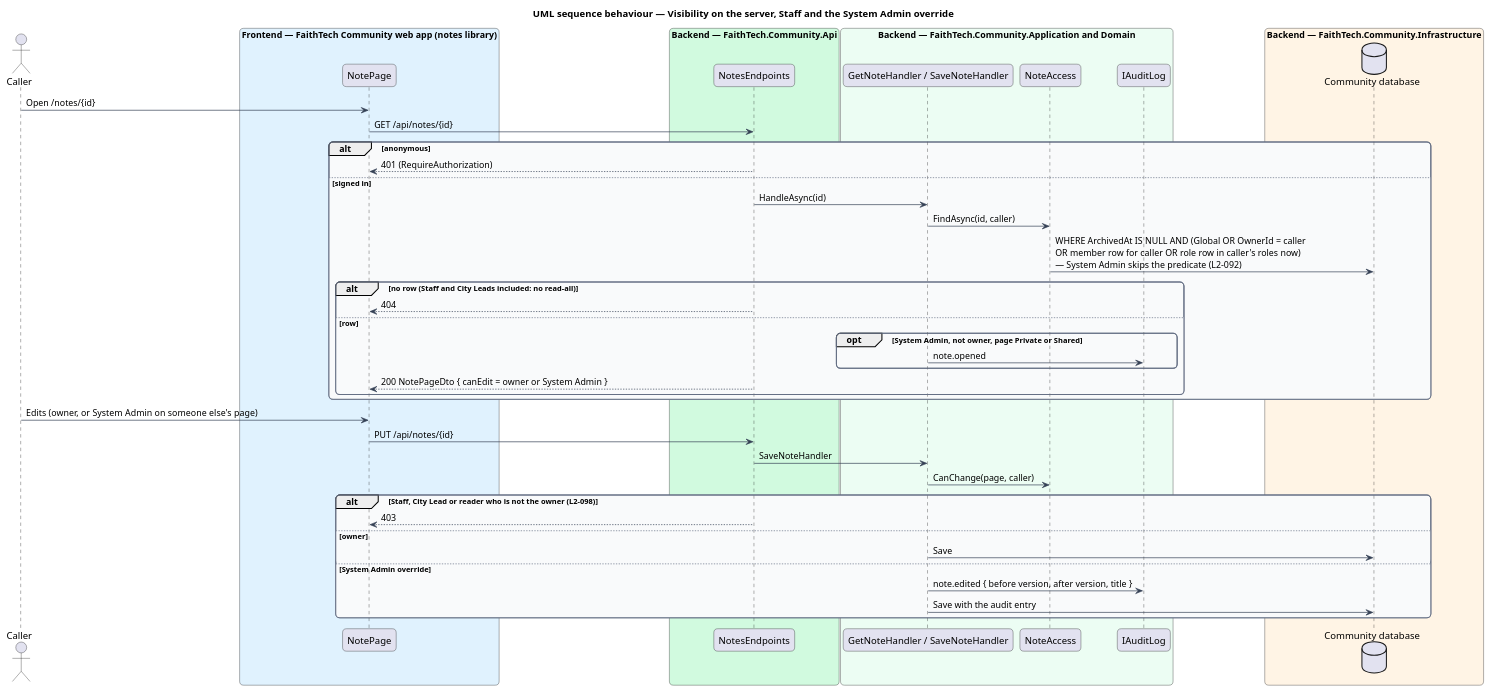
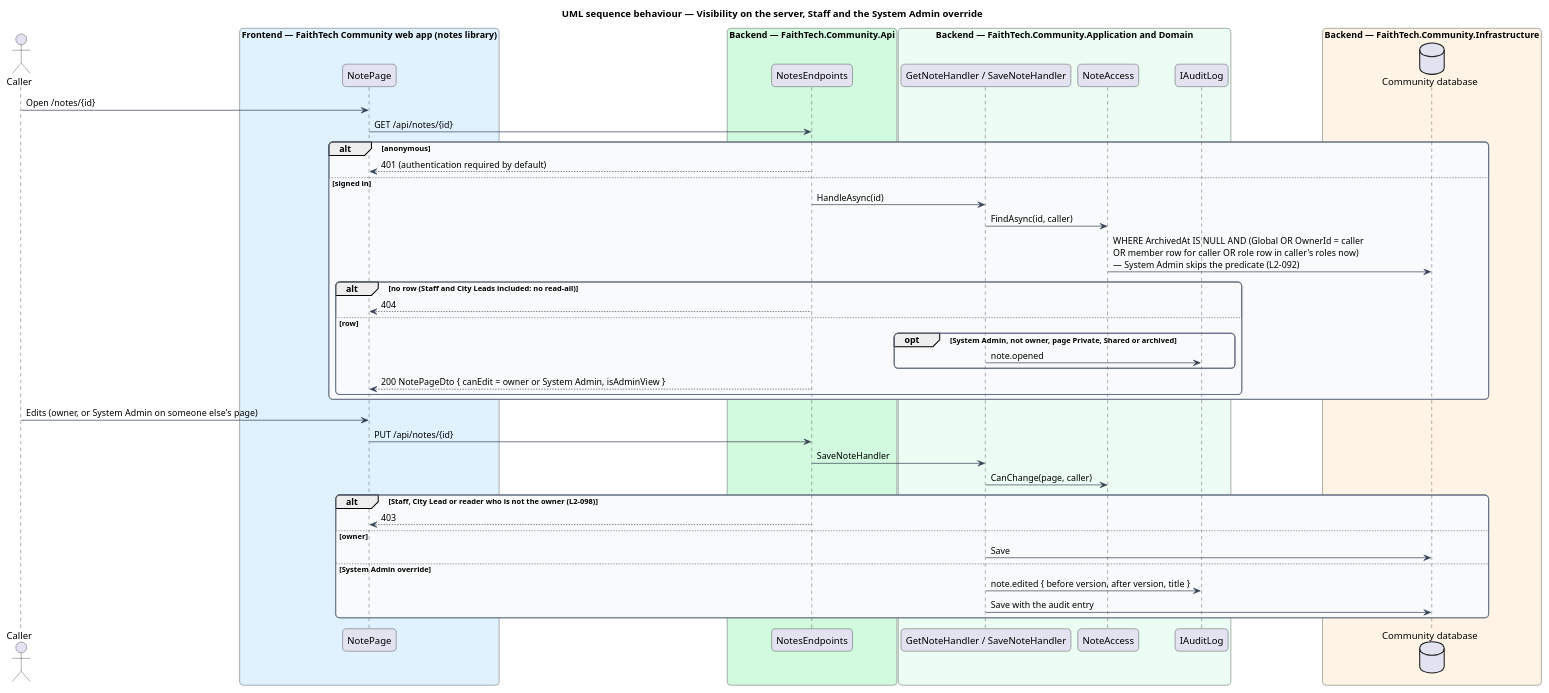
The diagram in docs/detailed-designs/notes/share-and-visibility/diagrams/sequence-visibility-and-override.puml (QuinntyneBrown/faithtech-community), drawn with PlantUML before and after one commit. The commit also changed 230 other files, not shown here.

```diff
--- a/docs/detailed-designs/notes/share-and-visibility/diagrams/sequence-visibility-and-override.puml
+++ b/docs/detailed-designs/notes/share-and-visibility/diagrams/sequence-visibility-and-override.puml
@@ -1,61 +1,61 @@
 @startuml
 title UML sequence behaviour — Visibility on the server, Staff and the System Admin override
 skinparam backgroundColor #FFFFFF
 skinparam shadowing false
 skinparam roundcorner 12
 skinparam defaultFontName Arial
 skinparam ArrowColor #344054
 skinparam rectangle {
   BorderColor #344054
   FontColor #101828
 }
 skinparam package {
   BorderColor #667085
   FontColor #101828
   BackgroundColor #F9FAFB
 }
 actor "Caller" as actor
 box "Frontend — FaithTech Community web app (notes library)" #E0F2FE
   participant "NotePage" as page
 end box
 box "Backend — FaithTech.Community.Api" #D1FADF
   participant "NotesEndpoints" as ep
 end box
 box "Backend — FaithTech.Community.Application and Domain" #ECFDF3
   participant "GetNoteHandler / SaveNoteHandler" as h
   participant "NoteAccess" as acc
   participant "IAuditLog" as audit
 end box
 box "Backend — FaithTech.Community.Infrastructure" #FFF4E5
   database "Community database" as db
 end box
 actor -> page : Open /notes/{id}
 page -> ep : GET /api/notes/{id}
 alt anonymous
-  ep --> page : 401 (RequireAuthorization)
+  ep --> page : 401 (authentication required by default)
 else signed in
   ep -> h : HandleAsync(id)
   h -> acc : FindAsync(id, caller)
   acc -> db : WHERE ArchivedAt IS NULL AND (Global OR OwnerId = caller\nOR member row for caller OR role row in caller's roles now)\n— System Admin skips the predicate (L2-092)
   alt no row (Staff and City Leads included: no read-all)
     ep --> page : 404
   else row
-    opt System Admin, not owner, page Private or Shared
+    opt System Admin, not owner, page Private, Shared or archived
       h -> audit : note.opened
     end
-    ep --> page : 200 NotePageDto { canEdit = owner or System Admin }
+    ep --> page : 200 NotePageDto { canEdit = owner or System Admin, isAdminView }
   end
 end
 actor -> page : Edits (owner, or System Admin on someone else's page)
 page -> ep : PUT /api/notes/{id}
 ep -> h : SaveNoteHandler
 h -> acc : CanChange(page, caller)
 alt Staff, City Lead or reader who is not the owner (L2-098)
   ep --> page : 403
 else owner
   h -> db : Save
 else System Admin override
   h -> audit : note.edited { before version, after version, title }
   h -> db : Save with the audit entry
 end
 @enduml
```
